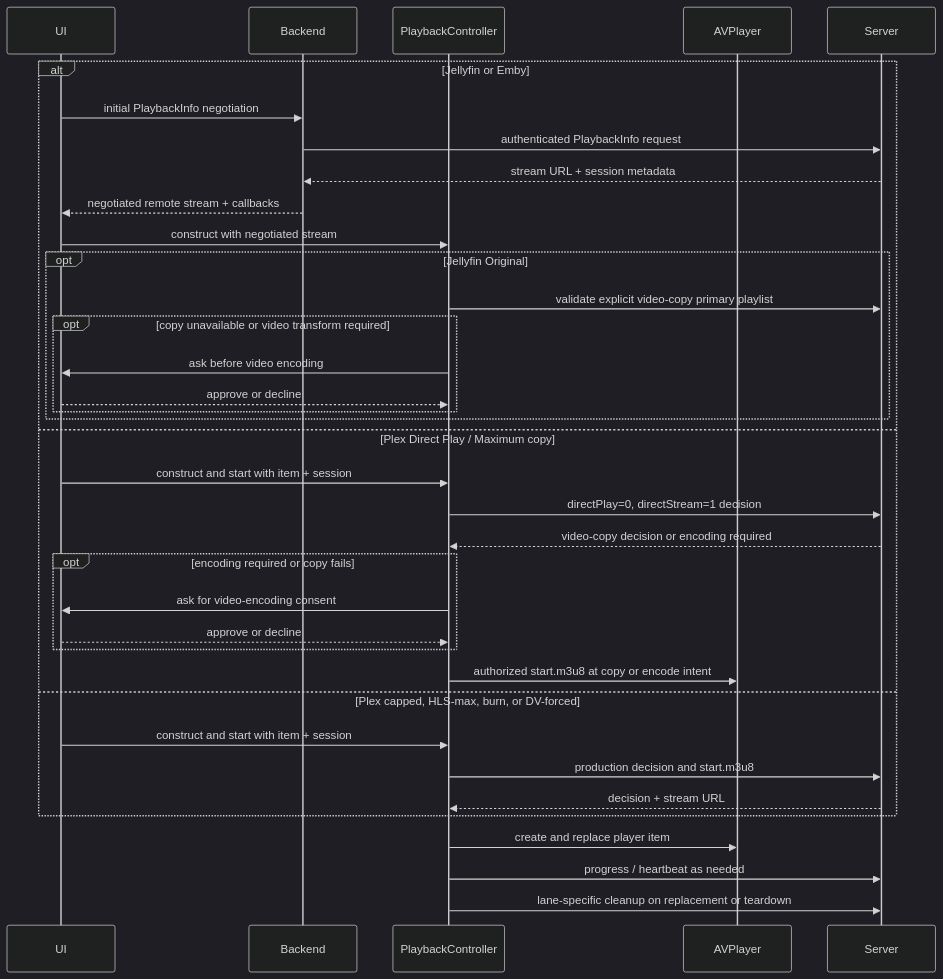
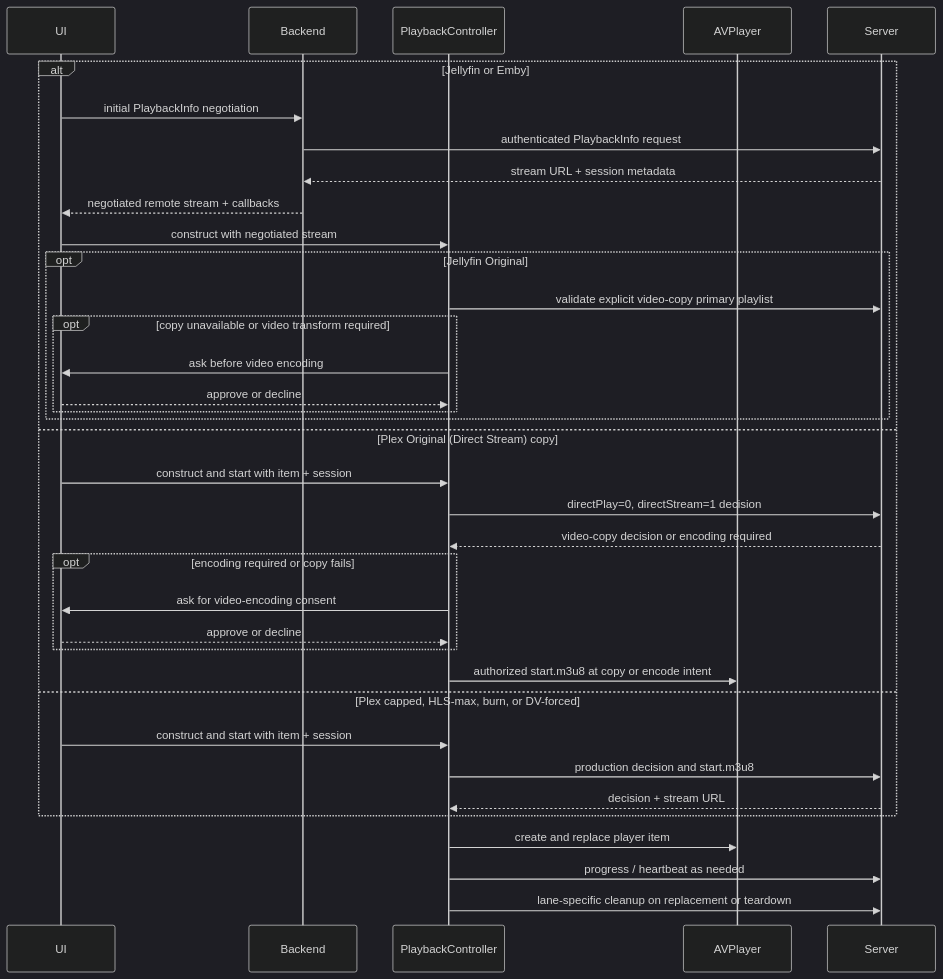
Before and after one commit to jlipworth/Labstream: the first of 2 diagrams in docs/PLAYBACK-ARCHITECTURE.md, drawn with Mermaid (dark theme). The commit also changed other lines of this file and 27 other files, not shown here.

````diff
--- a/docs/PLAYBACK-ARCHITECTURE.md
+++ b/docs/PLAYBACK-ARCHITECTURE.md
@@ -21,41 +21,41 @@
 ```mermaid
 sequenceDiagram
   accTitle: Backend playback startup
   accDescr: Jellyfin and Emby negotiate a stream before constructing the playback controller. Plex and Jellyfin validate video-copy HLS for Original and ask before falling back to video encoding; explicit transcoded qualities authorize encoding. Both lanes then load one app-owned AVPlayer and retain lane-specific progress and cleanup.
   participant UI
   participant Backend
   participant PC as PlaybackController
   participant AV as AVPlayer
   participant Server
 
   alt Jellyfin or Emby
     UI->>Backend: initial PlaybackInfo negotiation
     Backend->>Server: authenticated PlaybackInfo request
     Server-->>Backend: stream URL + session metadata
     Backend-->>UI: negotiated remote stream + callbacks
     UI->>PC: construct with negotiated stream
     opt Jellyfin Original
       PC->>Server: validate explicit video-copy primary playlist
       opt copy unavailable or video transform required
         PC->>UI: ask before video encoding
         UI-->>PC: approve or decline
       end
     end
-  else Plex Direct Play / Maximum copy
+  else Plex Original (Direct Stream) copy
     UI->>PC: construct and start with item + session
     PC->>Server: directPlay=0, directStream=1 decision
     Server-->>PC: video-copy decision or encoding required
     opt encoding required or copy fails
       PC->>UI: ask for video-encoding consent
       UI-->>PC: approve or decline
     end
     PC->>AV: authorized start.m3u8 at copy or encode intent
   else Plex capped, HLS-max, burn, or DV-forced
     UI->>PC: construct and start with item + session
     PC->>Server: production decision and start.m3u8
     Server-->>PC: decision + stream URL
   end
   PC->>AV: create and replace player item
   PC->>Server: progress / heartbeat as needed
   PC->>Server: lane-specific cleanup on replacement or teardown
 ```
````
